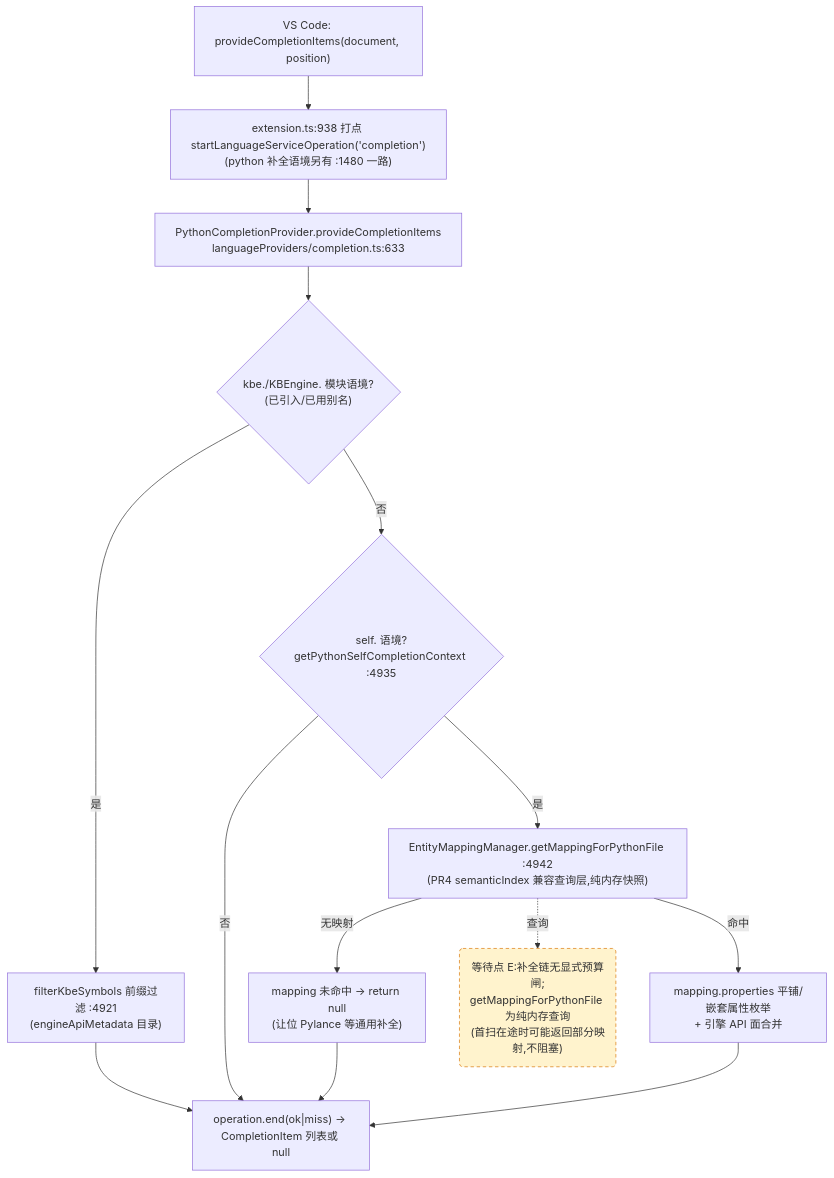
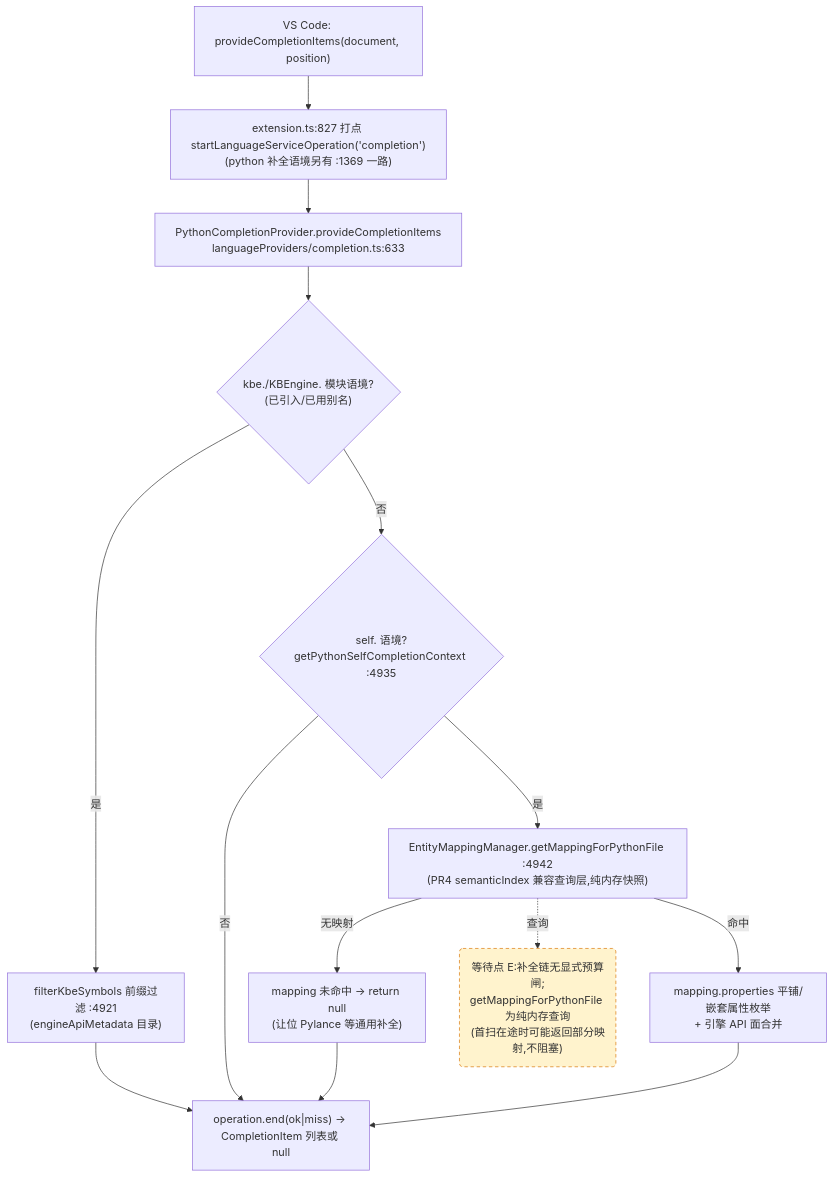
One commit to cuihairu/kode changed the third of 4 diagrams in docs/perf/2026-baseline.md. Above: the diagram before and after it, drawn with Mermaid. The commit also changed other lines of this file and 3 other files, not shown here.

````diff
--- a/docs/perf/2026-baseline.md
+++ b/docs/perf/2026-baseline.md
@@ -184,27 +184,27 @@
 ```mermaid
 flowchart TD
   VC3["VS Code: provideCompletionItems(document, position)"]
-  M3["extension.ts:938 打点 startLanguageServiceOperation('completion')<br/>(python 补全语境另有 :1480 一路)"]
+  M3["extension.ts:827 打点 startLanguageServiceOperation('completion')<br/>(python 补全语境另有 :1369 一路)"]
   CP["PythonCompletionProvider.provideCompletionItems<br/>languageProviders/completion.ts:633"]
   KBEC{"kbe./KBEngine. 模块语境?<br/>(已引入/已用别名)"}
   FILTER["filterKbeSymbols 前缀过滤 :4921<br/>(engineApiMetadata 目录)"]
   SELFC{"self. 语境?<br/>getPythonSelfCompletionContext :4935"}
   MAP["EntityMappingManager.getMappingForPythonFile :4942<br/>(PR4 semanticIndex 兼容查询层,纯内存快照)"]
   NOMAP["mapping 未命中 → return null<br/>(让位 Pylance 等通用补全)"]
   PROPS["mapping.properties 平铺/嵌套属性枚举<br/>+ 引擎 API 面合并"]
   END3["operation.end(ok|miss) → CompletionItem 列表或 null"]
 
   VC3 --> M3 --> CP --> KBEC
   KBEC -- "是" --> FILTER --> END3
   KBEC -- "否" --> SELFC
   SELFC -- "否" --> END3
   SELFC -- "是" --> MAP
   MAP -- "无映射" --> NOMAP --> END3
   MAP -- "命中" --> PROPS --> END3
 
   WAITE("等待点 E:补全链无显式预算闸;<br/>getMappingForPythonFile 为纯内存查询<br/>(首扫在途时可能返回部分映射,不阻塞)")
   MAP -.->|查询| WAITE
 
   classDef waitPoint fill:#fff3cd,stroke:#d97706,stroke-dasharray:5 4;
   class WAITE waitPoint;
 ```
````
